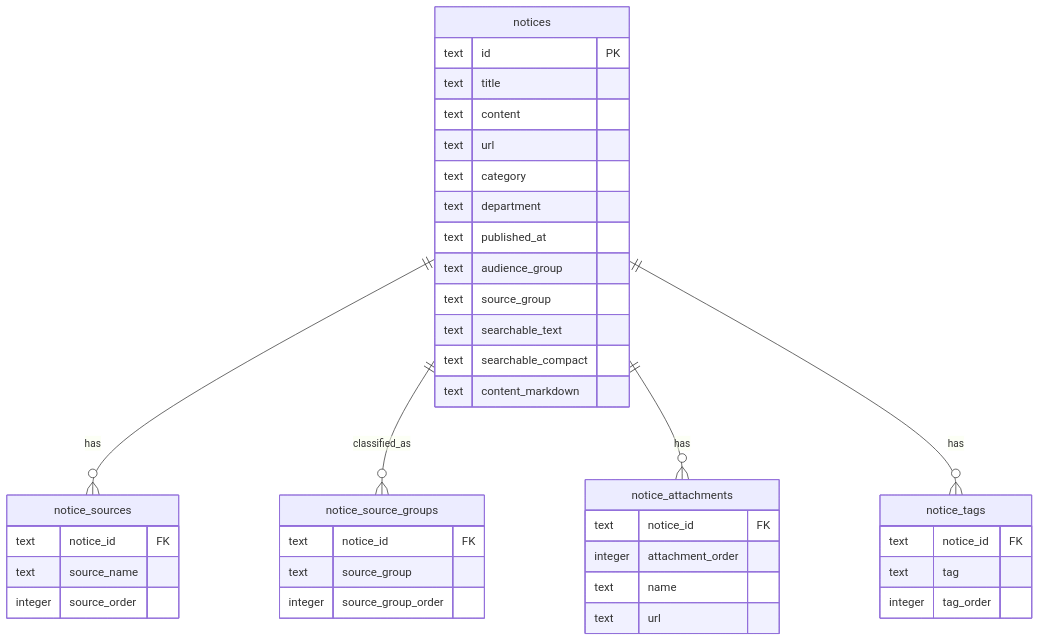
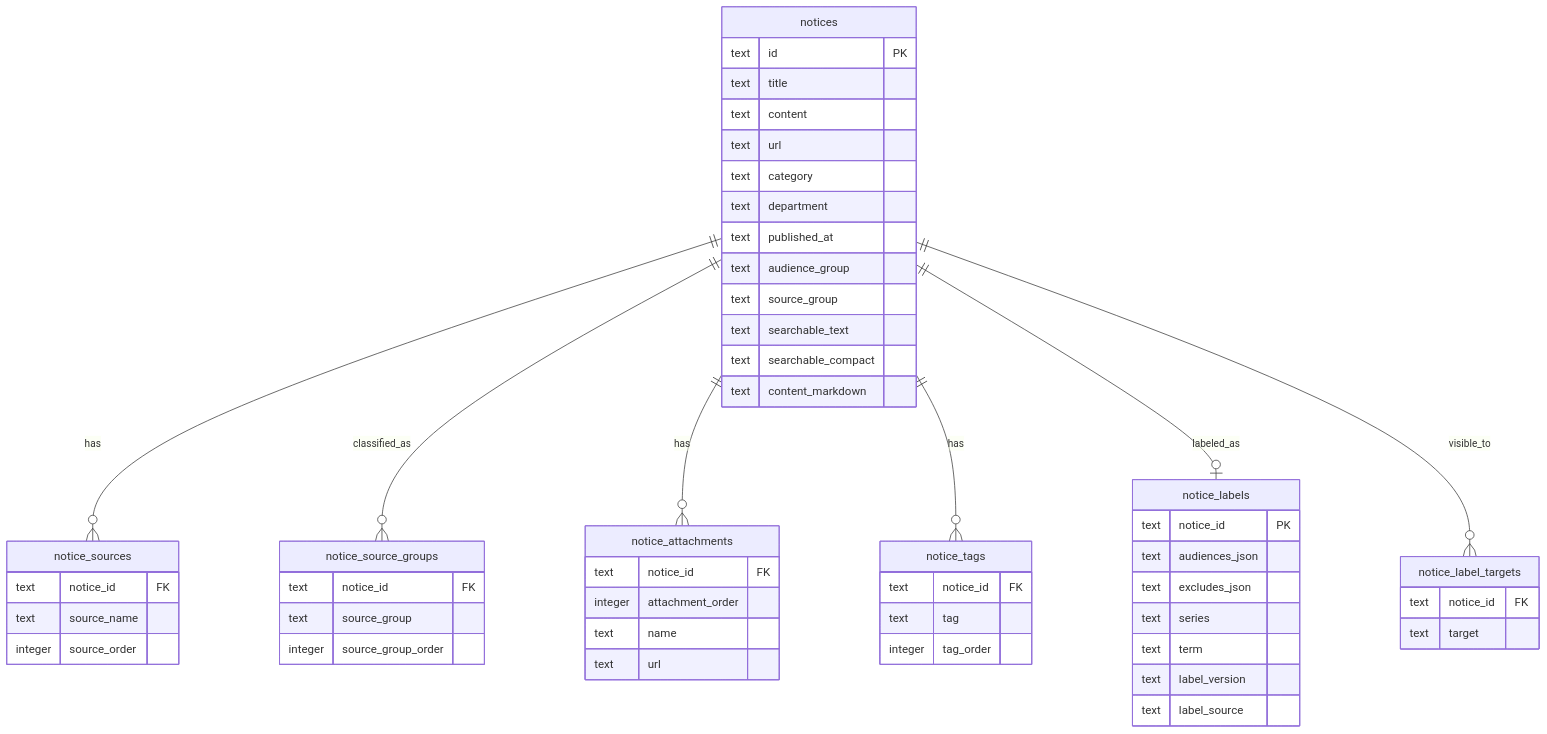
Before and after one commit to KAU-HUB-Official/KAU-Notice-Hub-BackEnd: the diagram in docs/ERD.md, drawn with Mermaid. The commit also changed other lines of this file and 19 other files, not shown here.

First line of the commit message:
feat(notices): 공지 적용 대상 라벨 연결과 목록 target 필터 (#9)

````diff
--- a/docs/ERD.md
+++ b/docs/ERD.md
@@ -41,47 +42,64 @@
 ```mermaid
 erDiagram
   notices ||--o{ notice_sources : has
   notices ||--o{ notice_source_groups : classified_as
   notices ||--o{ notice_attachments : has
   notices ||--o{ notice_tags : has
+  notices ||--o| notice_labels : labeled_as
+  notices ||--o{ notice_label_targets : visible_to
 
   notices {
     text id PK
     text title
     text content
     text url
     text category
     text department
     text published_at
     text audience_group
     text source_group
     text searchable_text
     text searchable_compact
     text content_markdown
   }
 
   notice_sources {
     text notice_id FK
     text source_name
     integer source_order
   }
 
   notice_source_groups {
     text notice_id FK
     text source_group
     integer source_group_order
   }
 
   notice_attachments {
     text notice_id FK
     integer attachment_order
     text name
     text url
   }
 
   notice_tags {
     text notice_id FK
     text tag
     integer tag_order
   }
+
+  notice_labels {
+    text notice_id PK
+    text audiences_json
+    text excludes_json
+    text series
+    text term
+    text label_version
+    text label_source
+  }
+
+  notice_label_targets {
+    text notice_id FK
+    text target
+  }
 ```
````
